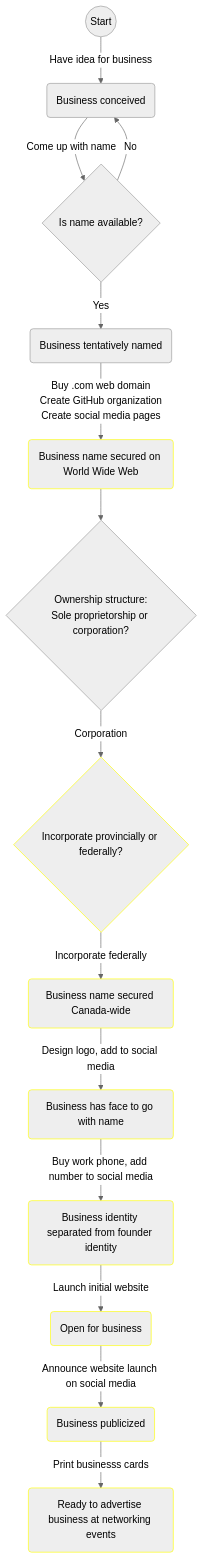
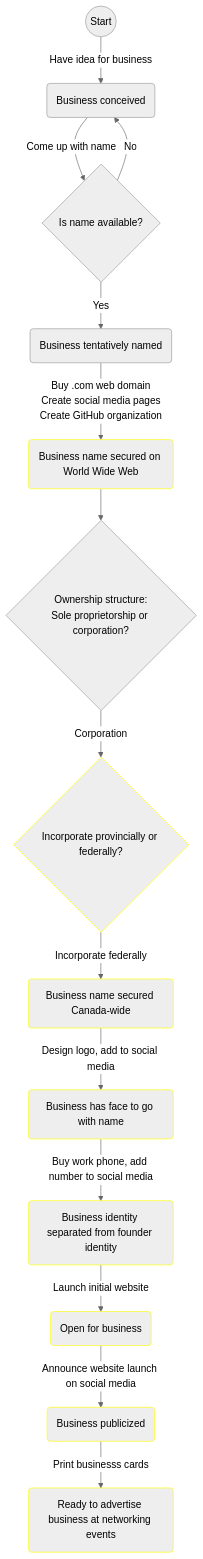
The diagram in bizdev/bizdev.md (OttawaNerdCorp/blog), drawn with Mermaid (neutral theme) before and after one commit. The commit also changed other lines of this file and 1 other file, not shown here.

````diff
--- a/bizdev/bizdev.md
+++ b/bizdev/bizdev.md
@@ -12,19 +18,19 @@
 ```mermaid
 flowchart TB
     classDef todo stroke:yellow
 
     s0((Start)) -- Have idea for business --> s1(Business conceived)
     s1 -- Come up with name --> d1
     d1{Is name available?}
     d1 -- No --> s1
     d1 -- Yes --> s2(Business tentatively named)
-    s2 -- Buy .com web domain<br>Create GitHub organization<br>Create social media pages --> s3(Business name secured on World Wide Web):::todo
+    s2 -- Buy .com web domain<br>Create social media pages<br>Create GitHub organization --> s3(Business name secured on World Wide Web):::todo
     s3 --> d2{Ownership structure:<br>Sole proprietorship or corporation?}
     d2 -- Corporation --> d3{Incorporate provincially or federally?}:::todo
     d3 -- Incorporate federally --> s7(Business name secured Canada-wide):::todo
     s7 -- Design logo, add to social media --> s8(Business has face to go with name):::todo
     s8 -- Buy work phone, add number to social media --> s9(Business identity separated from founder identity):::todo
     s9 -- Launch initial website --> s10(Open for business):::todo
     s10 -- Announce website launch on social media --> s11(Business publicized):::todo
     s11 -- Print businesss cards --> s13(Ready to advertise business at networking events):::todo
 ```
````
